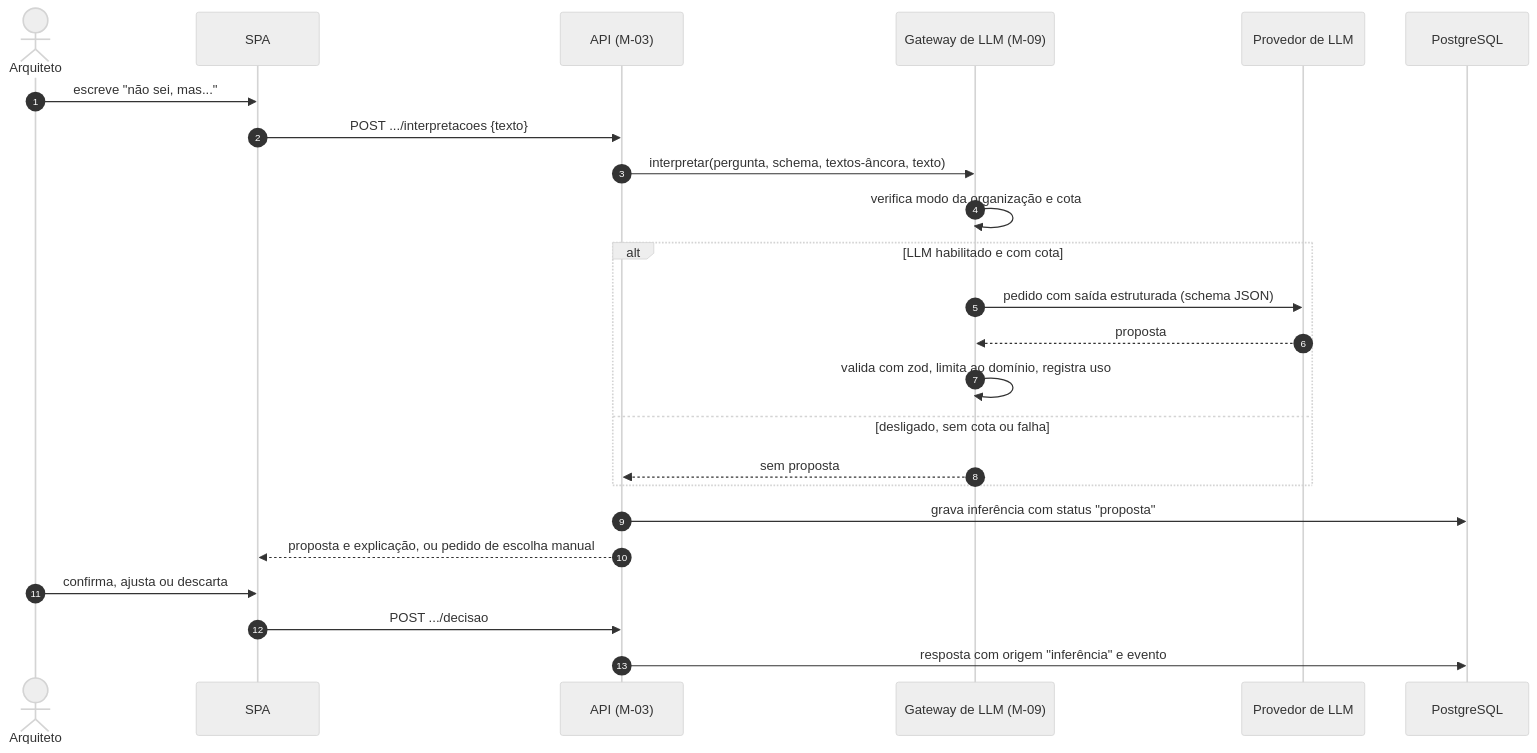
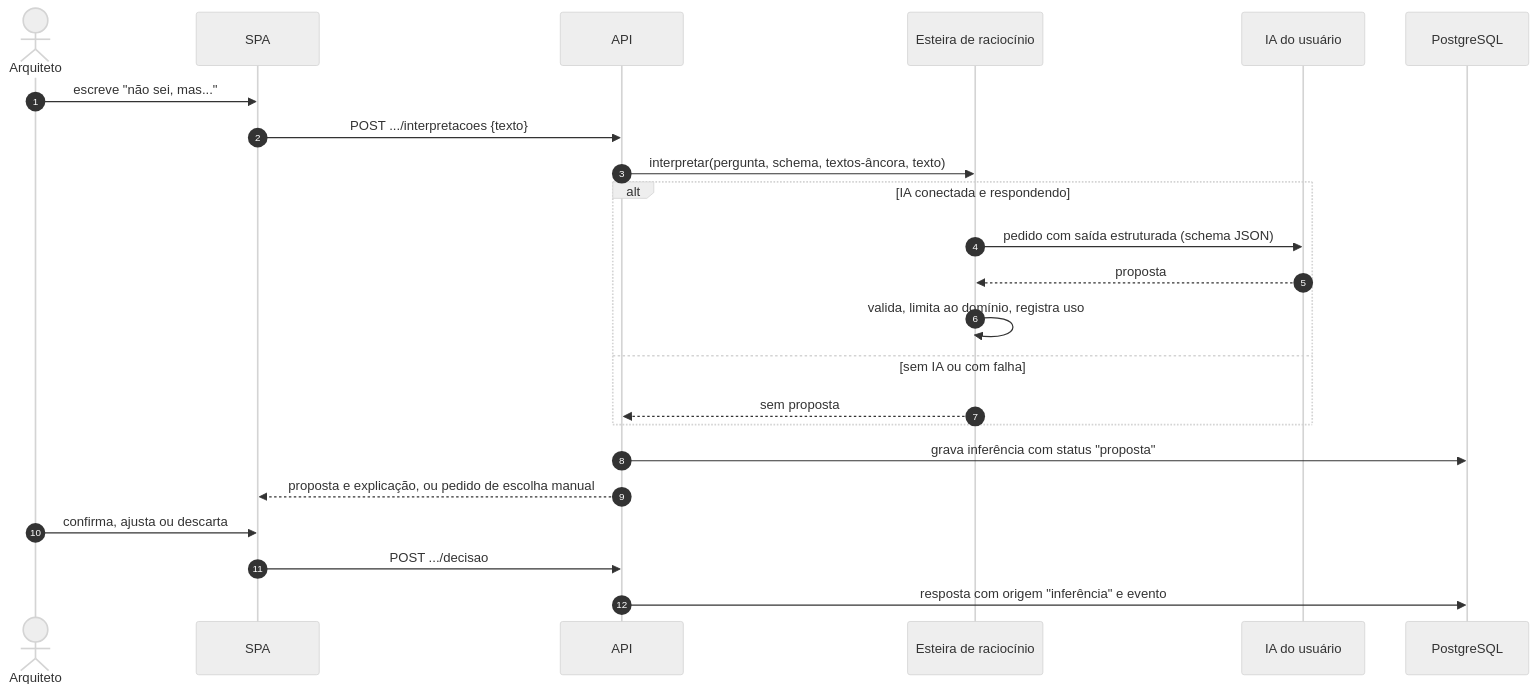
The fifth of 8 diagrams in StackSync - Parte 4 Arquitetura e planejamento técnico.md (RecheEduardo/stacksync), drawn with Mermaid (neutral theme) before and after one commit. The commit also changed other lines of this file, not shown here.

First line of the commit message:
docs: ajusta a Parte 4 ao novo escopo (IA do usuário, sem custos)

````diff
--- a/StackSync - Parte 4 Arquitetura e planejamento técnico.md
+++ b/StackSync - Parte 4 Arquitetura e planejamento técnico.md
@@ -412,26 +433,25 @@
 ```mermaid
 sequenceDiagram
   autonumber
   actor A as Arquiteto
   participant W as SPA
-  participant API as API (M-03)
-  participant G as Gateway de LLM (M-09)
-  participant P as Provedor de LLM
+  participant API as API
+  participant R as Esteira de raciocínio
+  participant P as IA do usuário
   participant DB as PostgreSQL
   A->>W: escreve "não sei, mas..."
   W->>API: POST .../interpretacoes {texto}
-  API->>G: interpretar(pergunta, schema, textos-âncora, texto)
-  G->>G: verifica modo da organização e cota
-  alt LLM habilitado e com cota
-    G->>P: pedido com saída estruturada (schema JSON)
-    P-->>G: proposta
-    G->>G: valida com zod, limita ao domínio, registra uso
-  else desligado, sem cota ou falha
-    G-->>API: sem proposta
+  API->>R: interpretar(pergunta, schema, textos-âncora, texto)
+  alt IA conectada e respondendo
+    R->>P: pedido com saída estruturada (schema JSON)
+    P-->>R: proposta
+    R->>R: valida, limita ao domínio, registra uso
+  else sem IA ou com falha
+    R-->>API: sem proposta
   end
   API->>DB: grava inferência com status "proposta"
   API-->>W: proposta e explicação, ou pedido de escolha manual
   A->>W: confirma, ajusta ou descarta
   W->>API: POST .../decisao
   API->>DB: resposta com origem "inferência" e evento
 ```
````
